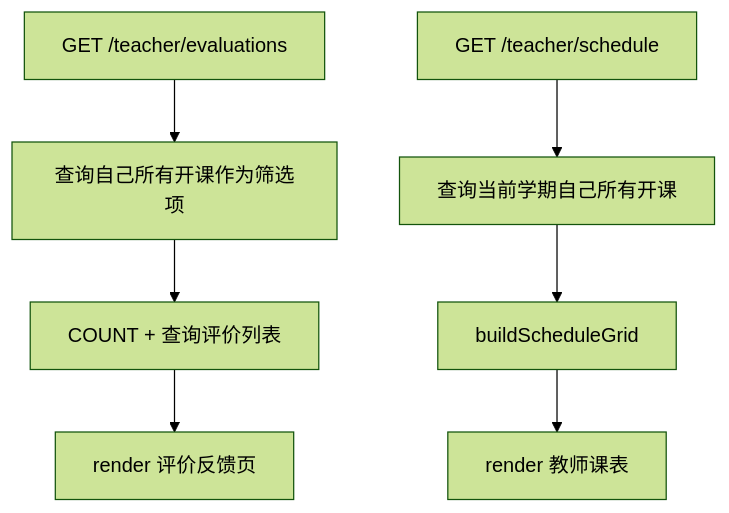
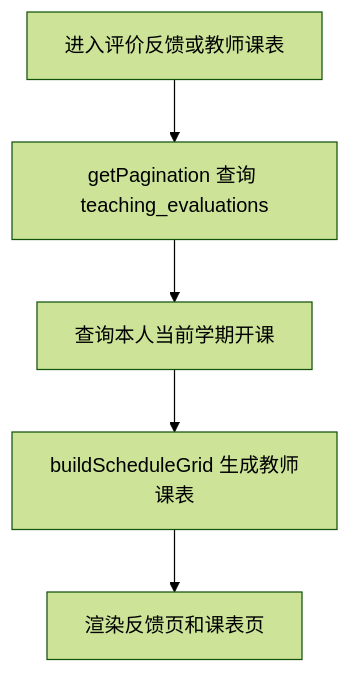
One commit to llkww/jiaoxue changed diagram 16 of 29 in docs/系统设计说明.md. Above: the diagram before and after it, drawn with Mermaid (forest theme). The commit also changed other lines of this file and 1 other file, not shown here.

````diff
--- a/docs/系统设计说明.md
+++ b/docs/系统设计说明.md
@@ -885,10 +866,7 @@
 ```mermaid
 flowchart TD
-  A[GET /teacher/evaluations] --> B[查询自己所有开课作为筛选项]
-  B --> C[COUNT + 查询评价列表]
-  C --> D[render 评价反馈页]
-
-  E[GET /teacher/schedule] --> F[查询当前学期自己所有开课]
-  F --> G[buildScheduleGrid]
-  G --> H[render 教师课表]
+  A[进入评价反馈或教师课表] --> B[getPagination 查询 teaching_evaluations]
+  B --> C[查询本人当前学期开课]
+  C --> D[buildScheduleGrid 生成教师课表]
+  D --> E[渲染反馈页和课表页]
 ```
````
